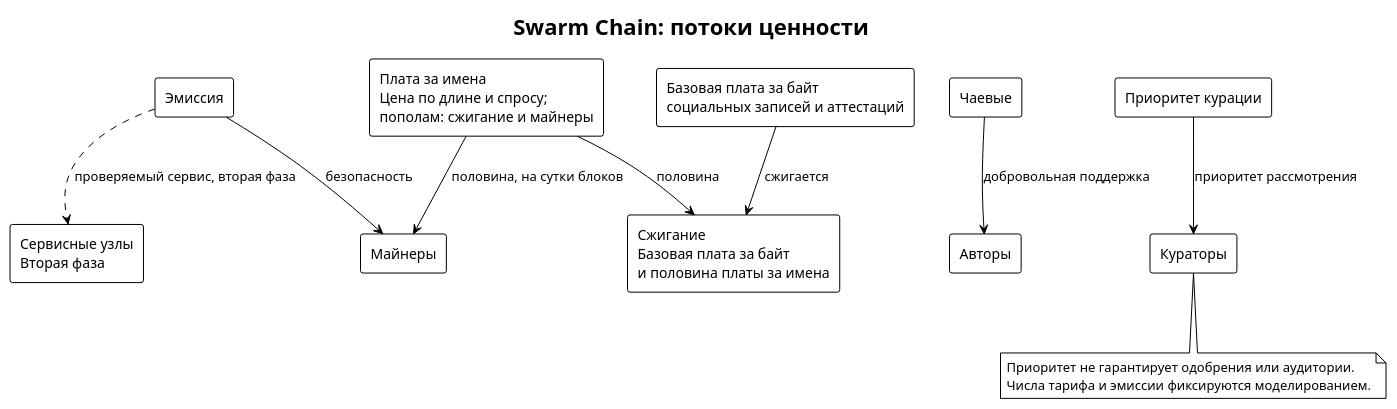
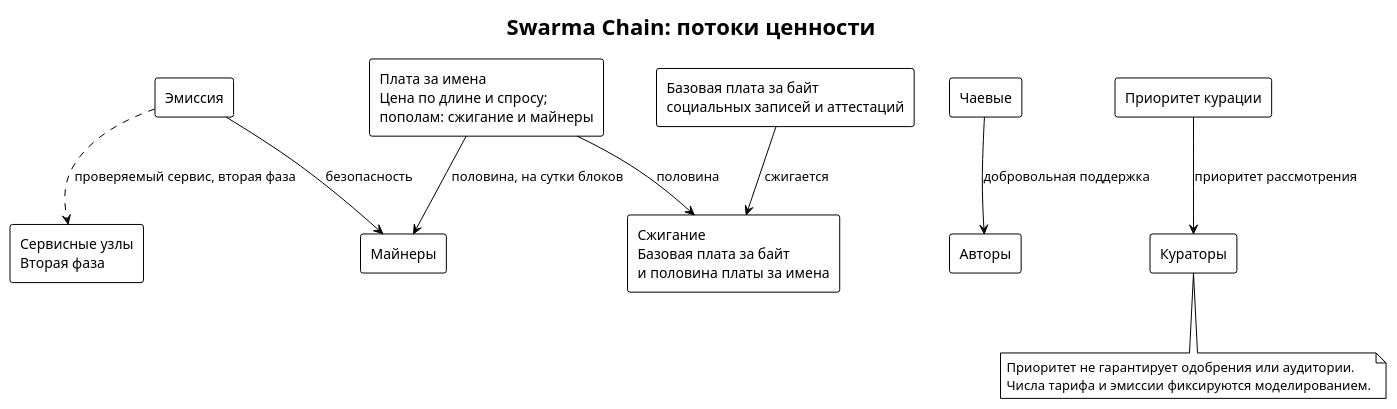
Before and after one commit to relux-works/swarma-docs: the diagram in book/src/economy.puml, drawn with PlantUML. The commit also changed 61 other files, not shown here.

```diff
--- a/book/src/economy.puml
+++ b/book/src/economy.puml
@@ -1,27 +1,27 @@
 @startuml economy
 !theme plain
 skinparam defaultFontName "PT Sans"
 skinparam shadowing false
-title Swarm Chain: потоки ценности
+title Swarma Chain: потоки ценности
 rectangle "Эмиссия" as E
 rectangle "Плата за имена\nЦена по длине и спросу;\nпополам: сжигание и майнеры" as N
 rectangle "Базовая плата за байт\nсоциальных записей и аттестаций" as T
 rectangle "Чаевые" as TIP
 rectangle "Приоритет курации" as PRI
 rectangle "Майнеры" as M
 rectangle "Сжигание\nБазовая плата за байт\nи половина платы за имена" as B
 rectangle "Сервисные узлы\nВторая фаза" as S
 rectangle "Авторы" as A
 rectangle "Кураторы" as K
 E --> M : безопасность
 E ..> S : проверяемый сервис, вторая фаза
 N --> B : половина
 N --> M : половина, на сутки блоков
 T --> B : сжигается
 TIP --> A : добровольная поддержка
 PRI --> K : приоритет рассмотрения
 note bottom of K
   Приоритет не гарантирует одобрения или аудитории.
   Числа тарифа и эмиссии фиксируются моделированием.
 end note
 @enduml
```
